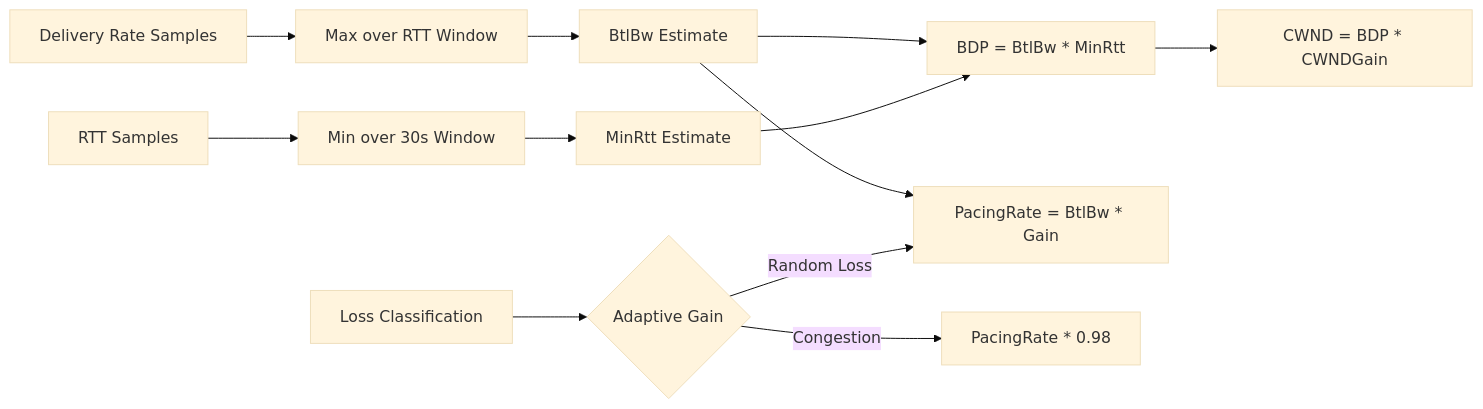
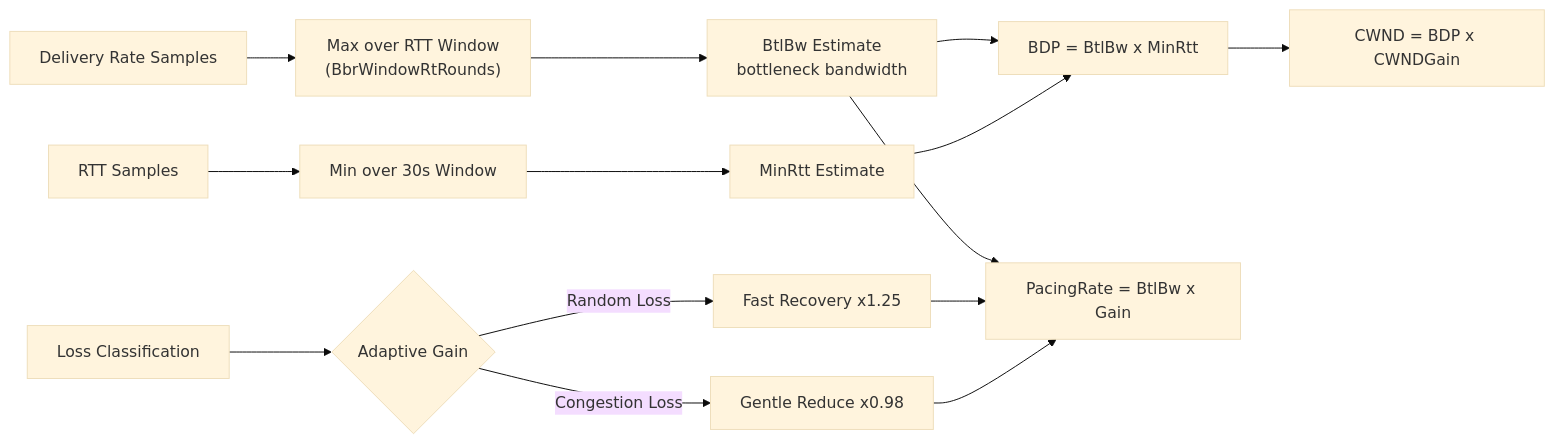
One commit to liulilittle/ucp changed the eighth of 11 diagrams in docs/architecture.md. Above: the diagram before and after it, drawn with Mermaid (base theme). The commit also changed other lines of this file and 43 other files, not shown here.

````diff
--- a/docs/architecture.md
+++ b/docs/architecture.md
@@ -353,17 +297,19 @@
 ```mermaid
 flowchart LR
-    RateSamples[Delivery Rate Samples] --> MaxFilter[Max over RTT Window]
-    MaxFilter --> BtlBw[BtlBw Estimate]
-    RTTSamples[RTT Samples] --> MinFilter[Min over 30s Window]
-    MinFilter --> MinRtt[MinRtt Estimate]
-
-    BtlBw --> BDP[BDP = BtlBw * MinRtt]
+    RateSamples["Delivery Rate Samples"] --> MaxFilter["Max over RTT Window<br/>(BbrWindowRtRounds)"]
+    MaxFilter --> BtlBw["BtlBw Estimate<br/>bottleneck bandwidth"]
+    RTTSamples["RTT Samples"] --> MinFilter["Min over 30s Window"]
+    MinFilter --> MinRtt["MinRtt Estimate"]
+    
+    BtlBw --> BDP["BDP = BtlBw x MinRtt"]
     MinRtt --> BDP
-
-    BtlBw --> PacingRate[PacingRate = BtlBw * Gain]
-    BDP --> CWND[CWND = BDP * CWNDGain]
-
-    LossClass[Loss Classification] --> AdaptiveGain{Adaptive Gain}
-    AdaptiveGain -->|Random Loss| PacingRate
-    AdaptiveGain -->|Congestion| ReducedRate[PacingRate * 0.98]
+    
+    BtlBw --> PacingRate["PacingRate = BtlBw x Gain"]
+    BDP --> CWND["CWND = BDP x CWNDGain"]
+    
+    LossClass["Loss Classification"] --> AdaptiveGain{"Adaptive Gain"}
+    AdaptiveGain -->|"Random Loss"| FastRec["Fast Recovery x1.25"]
+    AdaptiveGain -->|"Congestion Loss"| Congestion["Gentle Reduce x0.98"]
+    FastRec --> PacingRate
+    Congestion --> PacingRate
 ```
````
